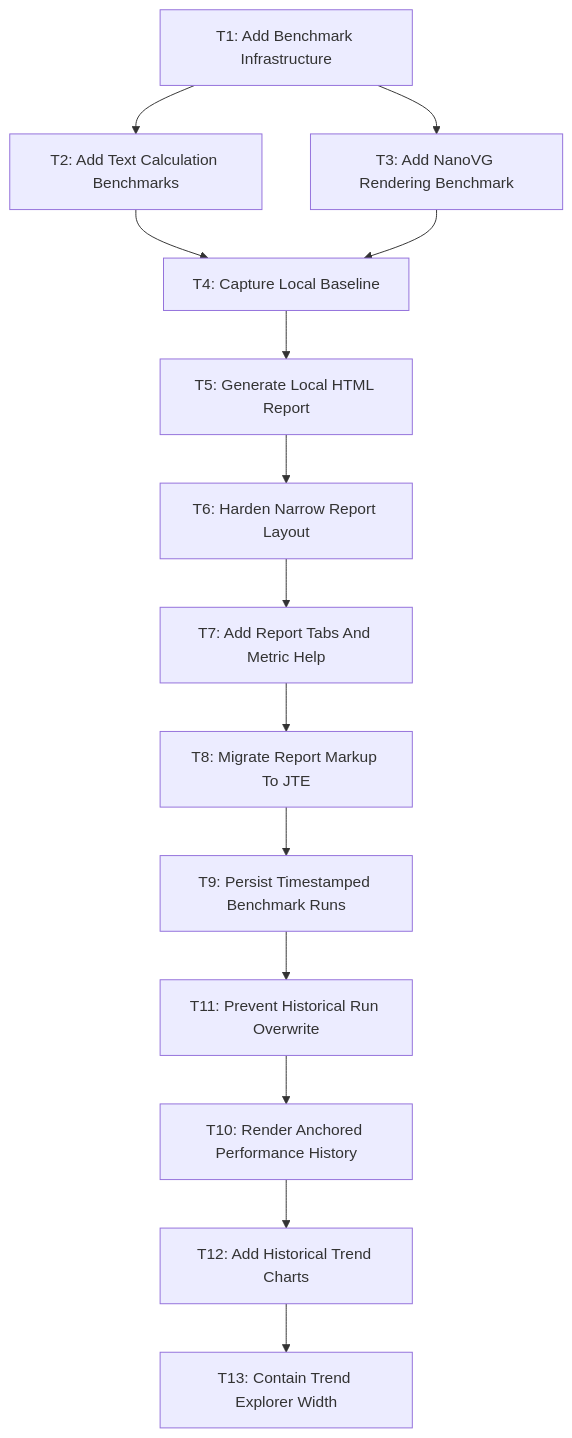
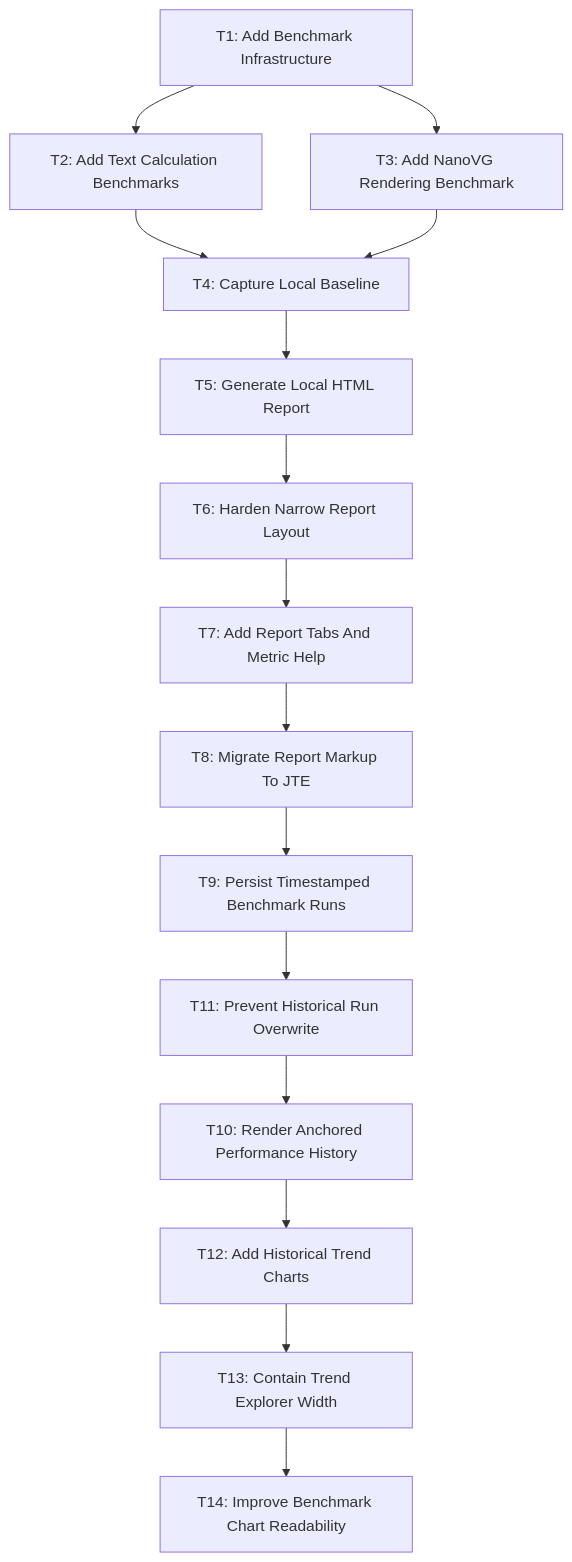
One commit to SpinyOwl/SpinyGUI changed the diagram in docs/work/E4/M1/P1 - Add and run text benchmarks.md. Above: the diagram before and after it, drawn with Mermaid. The commit also changed other lines of this file and 114 other files, not shown here.

````diff
--- a/docs/work/E4/M1/P1 - Add and run text benchmarks.md
+++ b/docs/work/E4/M1/P1 - Add and run text benchmarks.md
@@ -91,29 +97,31 @@
 ```mermaid
 flowchart TD
   T1["T1: Add Benchmark Infrastructure"]
   T2["T2: Add Text Calculation Benchmarks"]
   T3["T3: Add NanoVG Rendering Benchmark"]
   T4["T4: Capture Local Baseline"]
   T5["T5: Generate Local HTML Report"]
   T6["T6: Harden Narrow Report Layout"]
   T7["T7: Add Report Tabs And Metric Help"]
   T8["T8: Migrate Report Markup To JTE"]
   T9["T9: Persist Timestamped Benchmark Runs"]
   T10["T10: Render Anchored Performance History"]
   T11["T11: Prevent Historical Run Overwrite"]
   T12["T12: Add Historical Trend Charts"]
   T13["T13: Contain Trend Explorer Width"]
+  T14["T14: Improve Benchmark Chart Readability"]
   T1 --> T2
   T1 --> T3
   T2 --> T4
   T3 --> T4
   T4 --> T5
   T5 --> T6
   T6 --> T7
   T7 --> T8
   T8 --> T9
   T9 --> T11
   T11 --> T10
   T10 --> T12
   T12 --> T13
+  T13 --> T14
 ```
````
